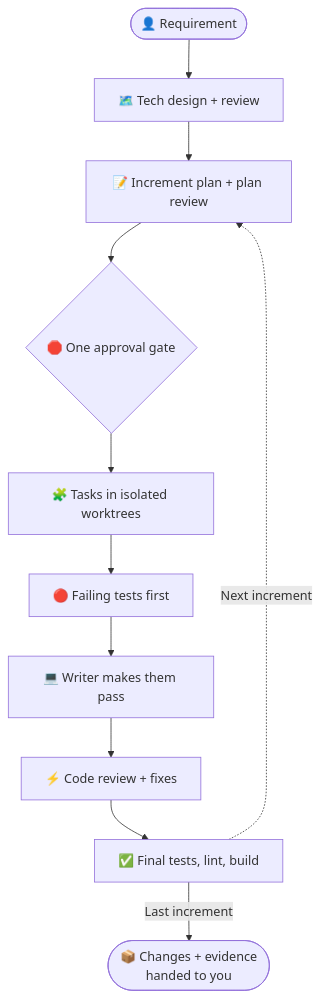
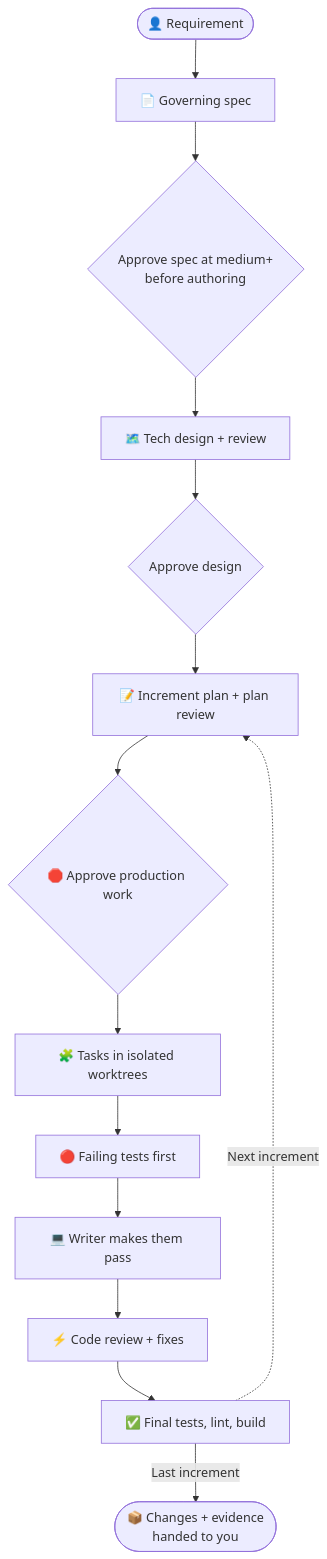
Before and after one commit to Gyunikuchan/dispatch-skills: the diagram in README.md, drawn with Mermaid. The commit also changed other lines of this file and 66 other files, not shown here.

````diff
--- a/README.md
+++ b/README.md
@@ -24,13 +24,16 @@
 ```mermaid
 flowchart TD
-    User(["👤 Requirement"]) --> Design["🗺️ Tech design + review"]
-    Design --> Plan["📝 Increment plan + plan review"]
-    Plan --> Gate{"🛑 One approval gate"}
+    User(["👤 Requirement"]) --> Spec["📄 Governing spec"]
+    Spec --> SpecGate{"Approve spec at medium+<br/>before authoring"}
+    SpecGate --> Design["🗺️ Tech design + review"]
+    Design --> DesignGate{"Approve design"}
+    DesignGate --> Plan["📝 Increment plan + plan review"]
+    Plan --> Gate{"🛑 Approve production work"}
     Gate --> Tasks["🧩 Tasks in isolated worktrees"]
     Tasks --> Red["🔴 Failing tests first"]
     Red --> Green["💻 Writer makes them pass"]
     Green --> CodeReview["⚡ Code review + fixes"]
     CodeReview --> Final["✅ Final tests, lint, build"]
     Final -.->|Next increment| Plan
     Final -->|Last increment| Handoff(["📦 Changes + evidence<br/>handed to you"])
 ```
````
